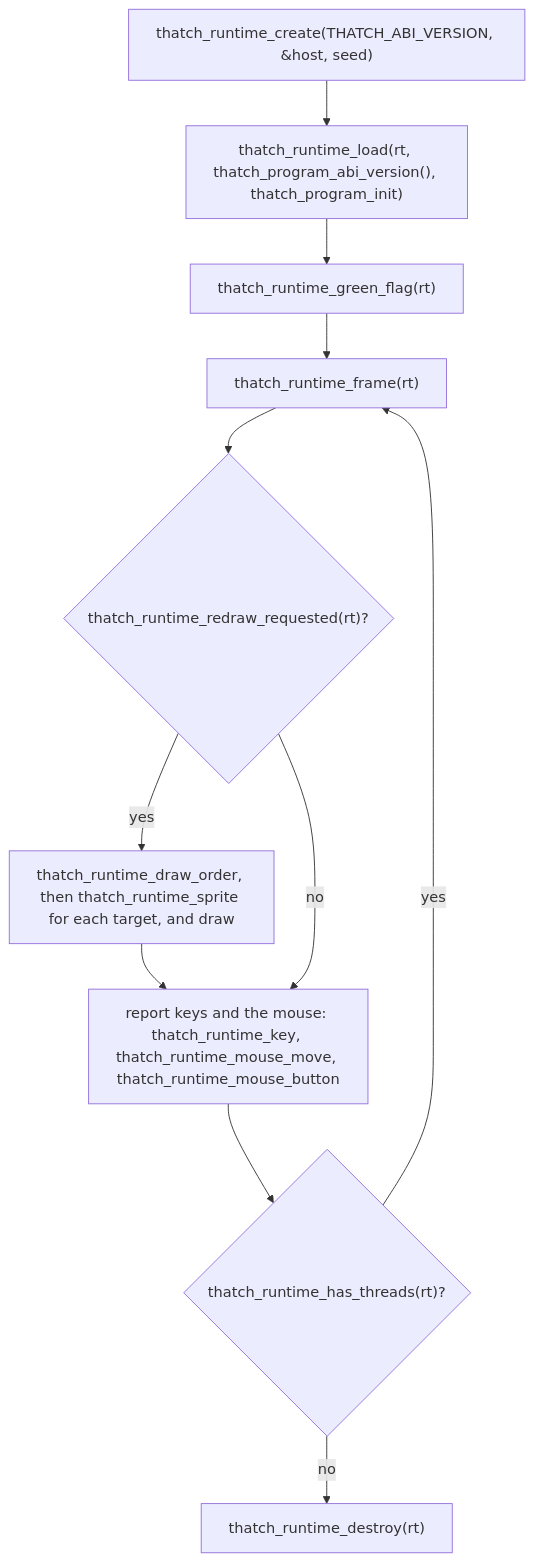
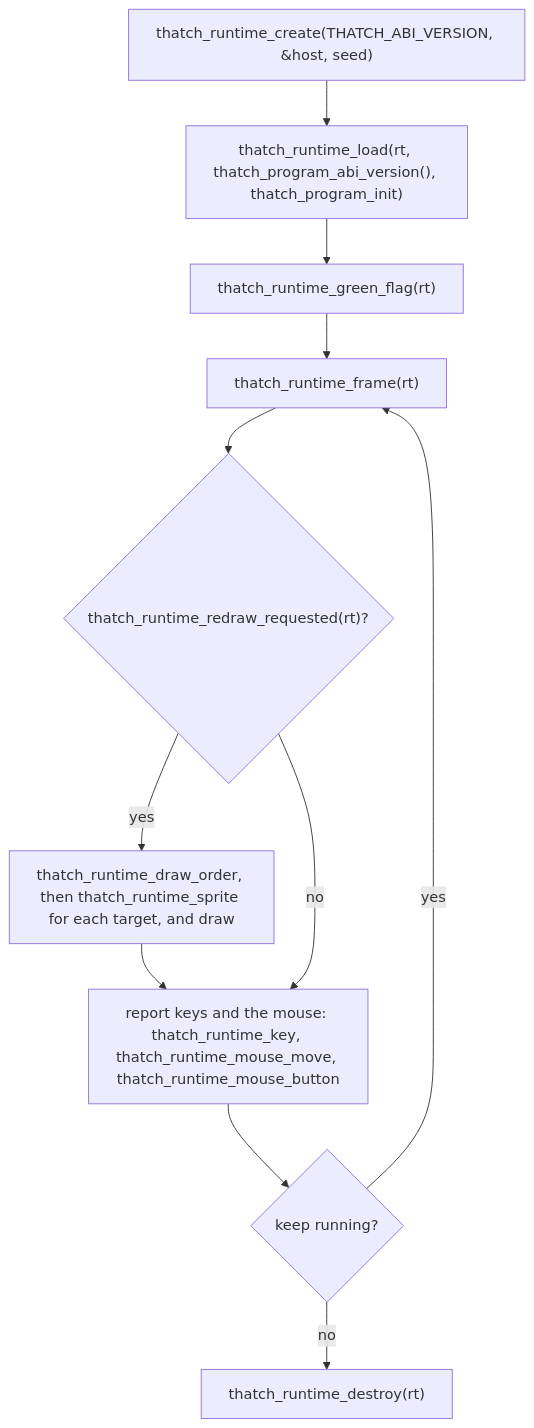
Before and after one commit to AstroBlocksMod/thatch: the diagram in docs/abi.md, drawn with Mermaid. The commit also changed other lines of this file and 5 other files, not shown here.

````diff
--- a/docs/abi.md
+++ b/docs/abi.md
@@ -96,12 +96,12 @@
 ```mermaid
 flowchart TD
     create["thatch_runtime_create(THATCH_ABI_VERSION, &host, seed)"] --> load["thatch_runtime_load(rt, thatch_program_abi_version(), thatch_program_init)"]
     load --> flag["thatch_runtime_green_flag(rt)"]
     flag --> frame["thatch_runtime_frame(rt)"]
     frame --> redraw{"thatch_runtime_redraw_requested(rt)?"}
     redraw -->|yes| draw["thatch_runtime_draw_order, then thatch_runtime_sprite for each target, and draw"] --> input
     redraw -->|no| input["report keys and the mouse: thatch_runtime_key, thatch_runtime_mouse_move, thatch_runtime_mouse_button"]
-    input --> more{"thatch_runtime_has_threads(rt)?"}
+    input --> more{"keep running?"}
     more -->|yes| frame
     more -->|no| destroy["thatch_runtime_destroy(rt)"]
 ```
````
